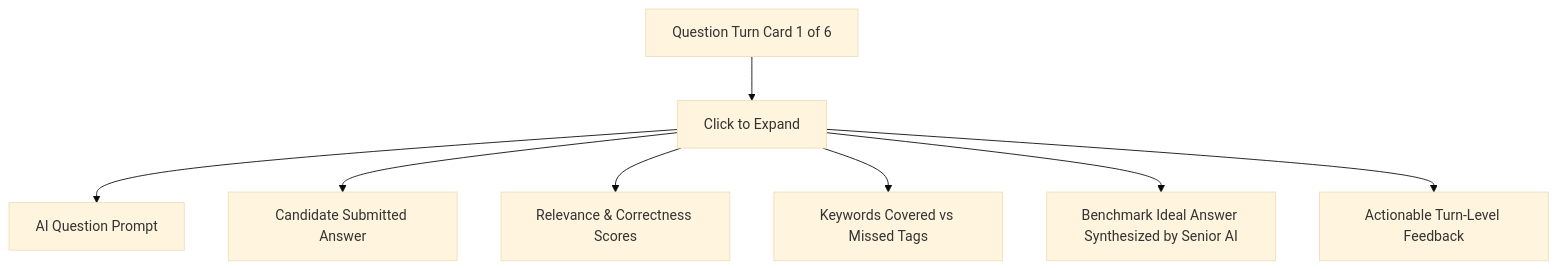
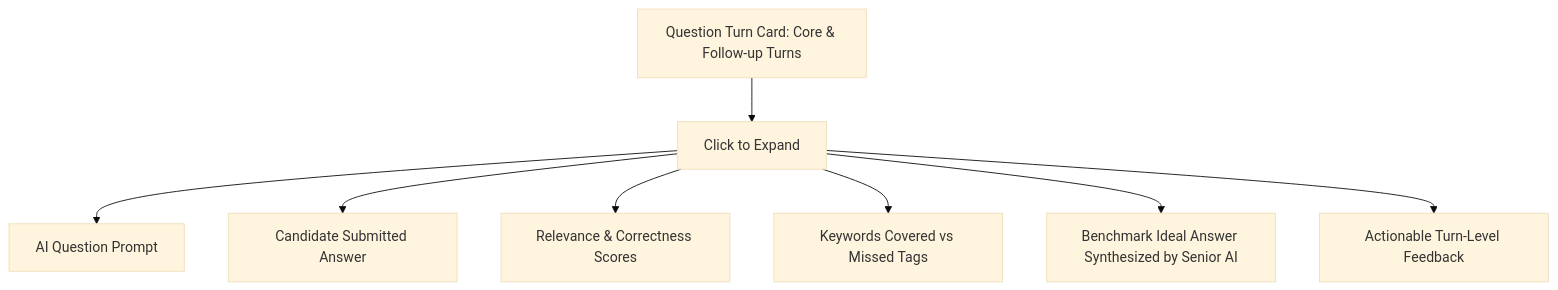
Before and after one commit to krishnatiwari4806/AROVIA: diagram 13 of 15 in docs/APP_FLOW.md, drawn with Mermaid (base theme). The commit also changed other lines of this file and 2 other files, not shown here.

Commit message:
docs: complete app flow, ui ux brief and backend schema documentation

````diff
--- a/docs/APP_FLOW.md
+++ b/docs/APP_FLOW.md
@@ -597,10 +665,10 @@
 ```mermaid
 flowchart TD
-    TurnCard[Question Turn Card 1 of 6] --> ExpandBtn[Click to Expand]
+    TurnCard[Question Turn Card: Core & Follow-up Turns] --> ExpandBtn[Click to Expand]
     ExpandBtn --> ViewQuestion[AI Question Prompt]
     ExpandBtn --> ViewCandidateAns[Candidate Submitted Answer]
     ExpandBtn --> ViewScores[Relevance & Correctness Scores]
     ExpandBtn --> ViewKeywords[Keywords Covered vs Missed Tags]
     ExpandBtn --> ViewIdealAns[Benchmark Ideal Answer Synthesized by Senior AI]
     ExpandBtn --> ViewTurnFeedback[Actionable Turn-Level Feedback]
 ```
````
